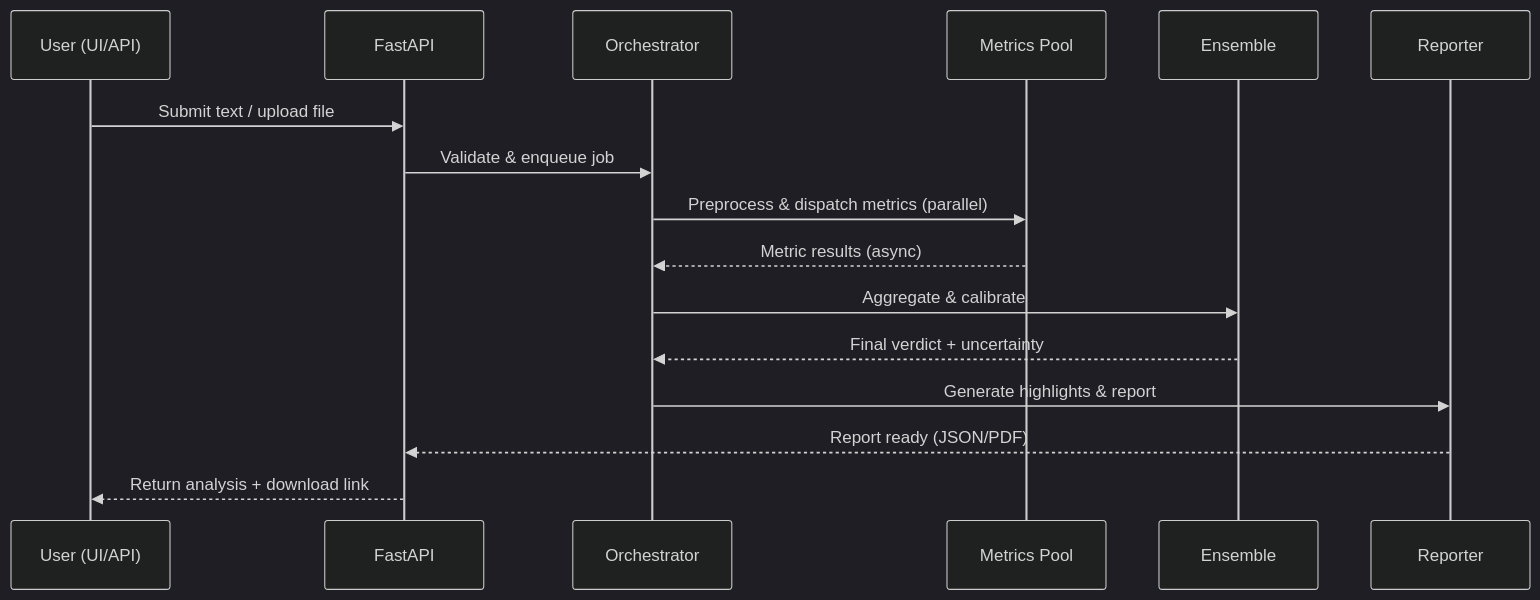
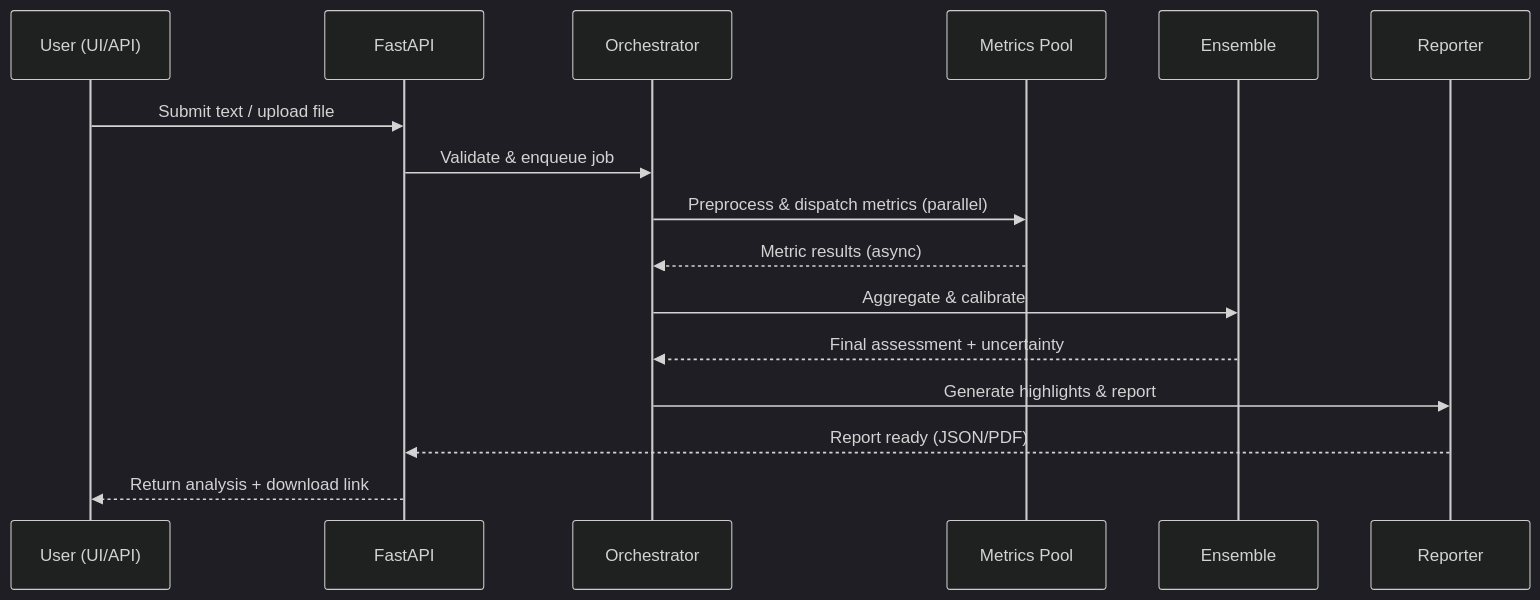
The second of 3 diagrams in README.md (satyaki-mitra/text_authentication), drawn with Mermaid before and after one commit. The commit also changed other lines of this file and 48 other files, not shown here.

Commit message:
Architecture updated

````diff
--- a/README.md
+++ b/README.md
@@ -178,20 +182,20 @@
 ```mermaid
 %%{init: {'theme': 'dark'}}%%
 sequenceDiagram
     participant U as User (UI/API)
     participant API as FastAPI
     participant O as Orchestrator
     participant M as Metrics Pool
     participant E as Ensemble
     participant R as Reporter
 
     U->>API: Submit text / upload file
     API->>O: Validate & enqueue job
     O->>M: Preprocess & dispatch metrics (parallel)
     M-->>O: Metric results (async)
     O->>E: Aggregate & calibrate
-    E-->>O: Final verdict + uncertainty
+    E-->>O: Final assessment + uncertainty
     O->>R: Generate highlights & report
     R-->>API: Report ready (JSON/PDF)
     API-->>U: Return analysis + download link
 ```
````
